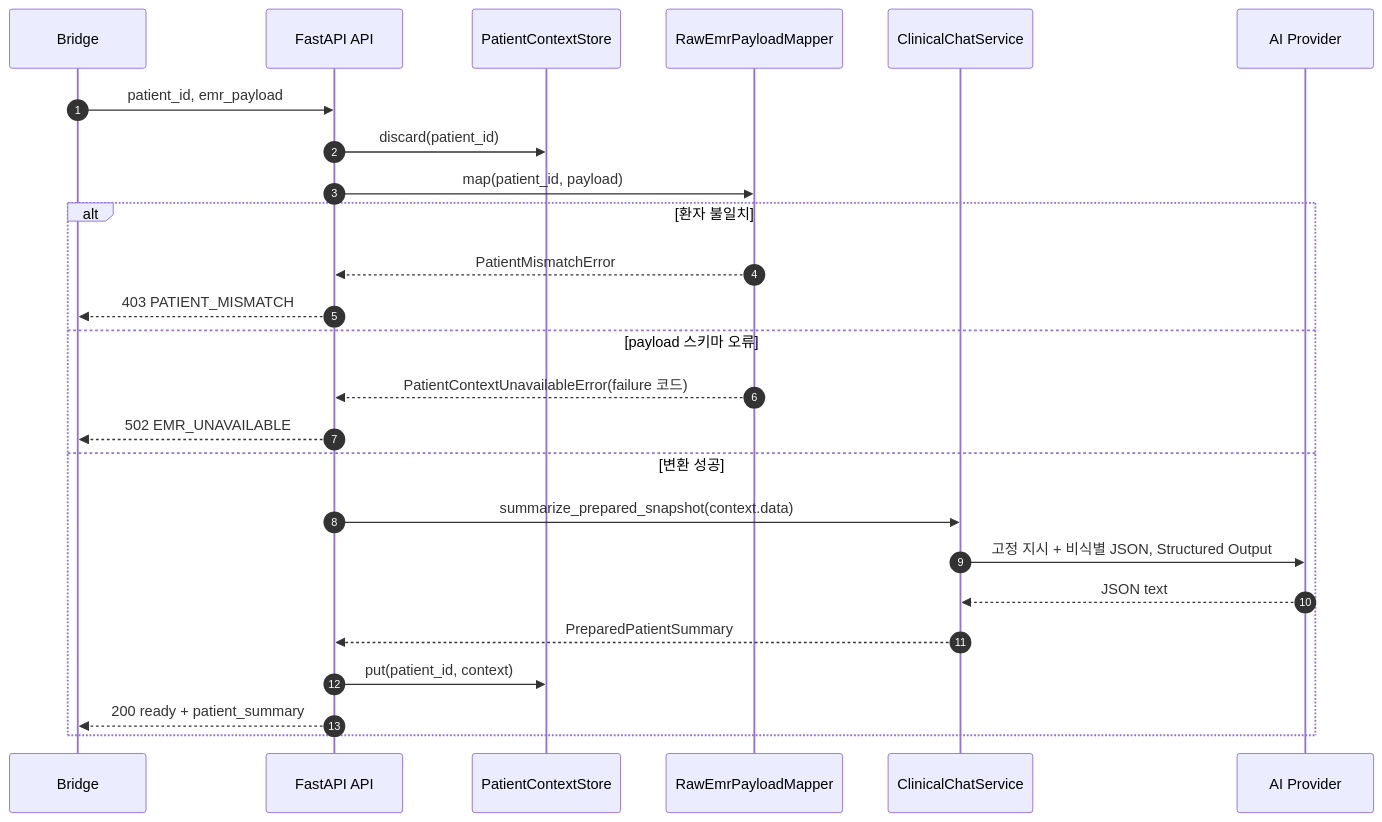
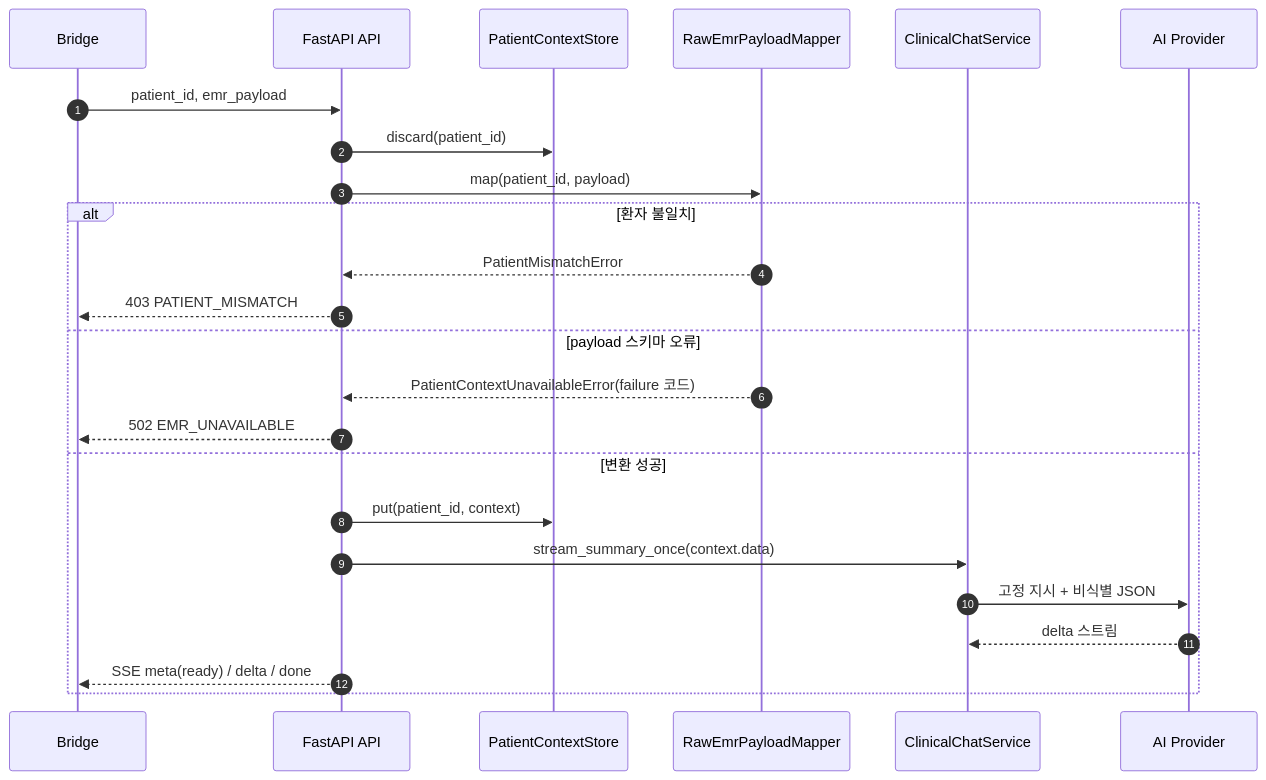
The second of 3 diagrams in docs/current_architecture.md (alden-main/AX_G_AI), drawn with Mermaid before and after one commit. The commit also changed other lines of this file and 28 other files, not shown here.

````diff
--- a/docs/current_architecture.md
+++ b/docs/current_architecture.md
@@ -117,28 +116,27 @@
 ```mermaid
 sequenceDiagram
     autonumber
     participant B as Bridge
     participant A as FastAPI API
     participant S as PatientContextStore
     participant M as RawEmrPayloadMapper
     participant C as ClinicalChatService
     participant P as AI Provider
 
     B->>A: patient_id, emr_payload
     A->>S: discard(patient_id)
     A->>M: map(patient_id, payload)
     alt 환자 불일치
         M-->>A: PatientMismatchError
         A-->>B: 403 PATIENT_MISMATCH
     else payload 스키마 오류
         M-->>A: PatientContextUnavailableError(failure 코드)
         A-->>B: 502 EMR_UNAVAILABLE
     else 변환 성공
-        A->>C: summarize_prepared_snapshot(context.data)
-        C->>P: 고정 지시 + 비식별 JSON, Structured Output
-        P-->>C: JSON text
-        C-->>A: PreparedPatientSummary
         A->>S: put(patient_id, context)
-        A-->>B: 200 ready + patient_summary
+        A->>C: stream_summary_once(context.data)
+        C->>P: 고정 지시 + 비식별 JSON
+        P-->>C: delta 스트림
+        A-->>B: SSE meta(ready) / delta / done
     end
 ```
````
